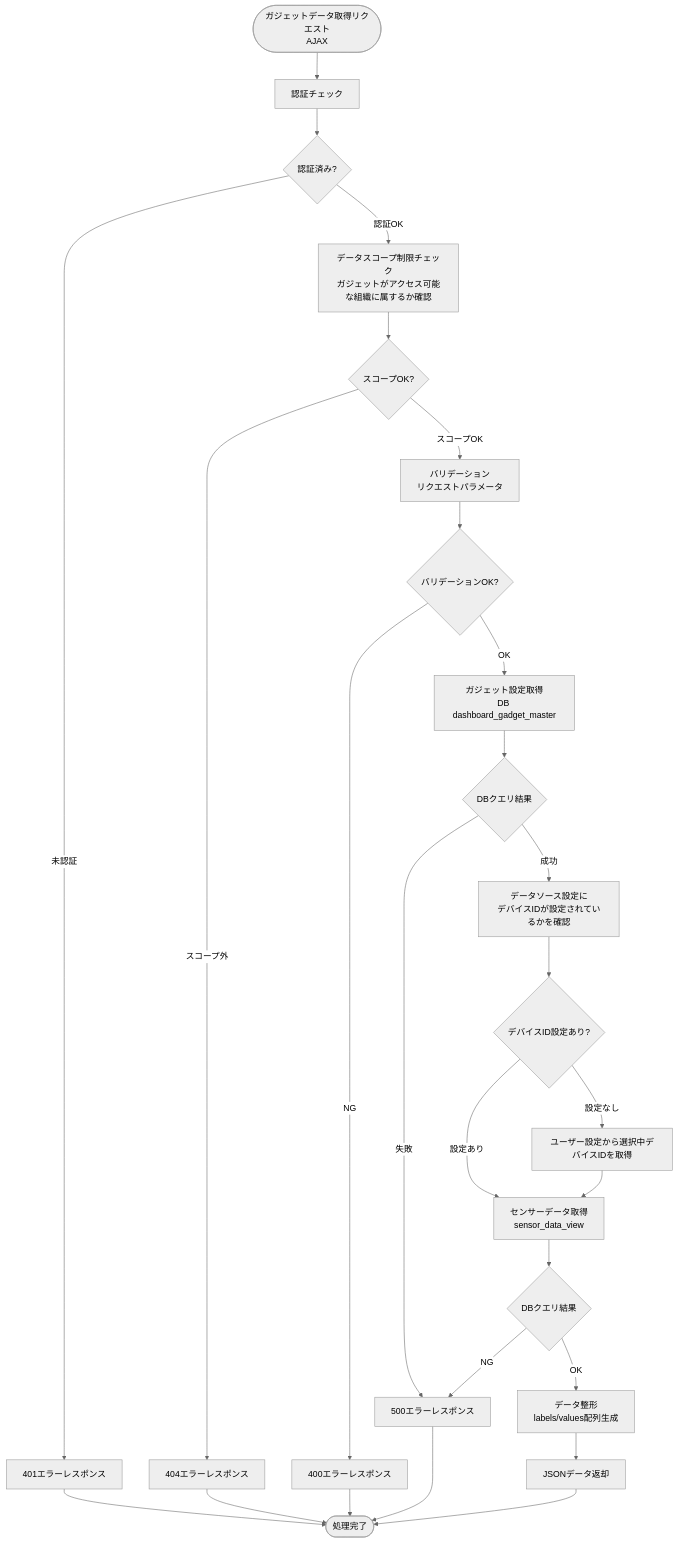
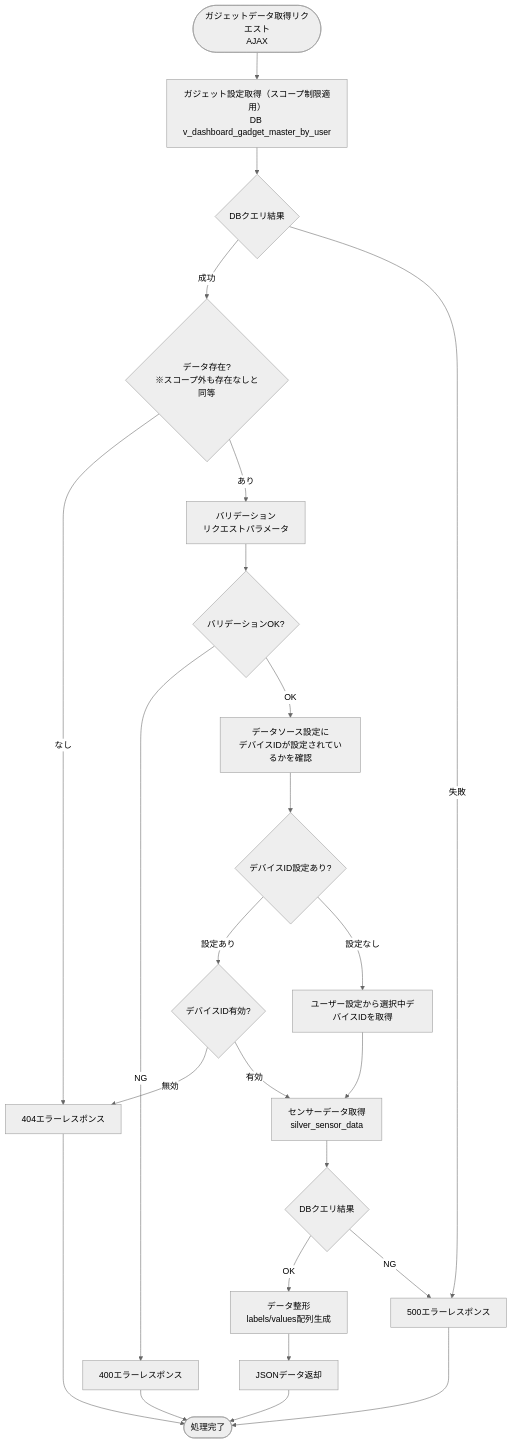
One commit to NSW-SVCP-AIWG002/Databricks-IoT changed the first of 4 diagrams in docs/03-features/flask-app/customer-dashboard/timeline/workflow-specification.md. Above: the diagram before and after it, drawn with Mermaid (neutral theme). The commit also changed other lines of this file and 5 other files, not shown here.

````diff
--- a/docs/03-features/flask-app/customer-dashboard/timeline/workflow-specification.md
+++ b/docs/03-features/flask-app/customer-dashboard/timeline/workflow-specification.md
@@ -165,37 +163,35 @@
 ```mermaid
 flowchart TD
-    Start([ガジェットデータ取得リクエスト<br>AJAX]) --> Auth[認証チェック]
-    Auth --> CheckAuth{認証済み?}
-    CheckAuth -->|未認証| Error401[401エラーレスポンス]
-    CheckAuth -->|認証OK| Scope[データスコープ制限チェック<br>ガジェットがアクセス可能な組織に属するか確認]
+    Start([ガジェットデータ取得リクエスト<br>AJAX]) --> GetConfig[ガジェット設定取得（スコープ制限適用）<br>DB v_dashboard_gadget_master_by_user]
 
-    Scope --> CheckScope{スコープOK?}
-    CheckScope -->|スコープ外| Error404[404エラーレスポンス]
-    CheckScope -->|スコープOK| Validate[バリデーション<br>リクエストパラメータ]
+    GetConfig --> CheckGetConfig{DBクエリ結果}
+    CheckGetConfig -->|成功| CheckConfig{データ存在?<br>※スコープ外も存在なしと同等}
+    CheckGetConfig -->|失敗| Error500[500エラーレスポンス]
+
+    CheckConfig -->|なし| Error404[404エラーレスポンス]
+    CheckConfig -->|あり| Validate[バリデーション<br>リクエストパラメータ]
 
     Validate --> CheckValidate{バリデーションOK?}
     CheckValidate -->|NG| Error400[400エラーレスポンス]
-    CheckValidate -->|OK| GetConfig[ガジェット設定取得<br>DB dashboard_gadget_master]
-
-    GetConfig --> CheckGetConfig{DBクエリ結果}
-    CheckGetConfig -->|失敗| Error500[500エラーレスポンス]
-    CheckGetConfig -->|成功| CheckDeviceId[データソース設定に<br>デバイスIDが設定されているかを確認]
+    CheckValidate -->|OK| CheckDeviceId[データソース設定に<br>デバイスIDが設定されているかを確認]
 
     CheckDeviceId --> ExistDeviceId{デバイスID設定あり?}
+    ExistDeviceId -->|設定あり| ValidDeviceId{デバイスID有効?}
     ExistDeviceId -->|設定なし| GetUserSetting[ユーザー設定から選択中デバイスIDを取得]
-    ExistDeviceId -->|設定あり| QuerySilver[センサーデータ取得<br>sensor_data_view]
+
+    ValidDeviceId -->|無効| Error404
+    ValidDeviceId -->|有効| QuerySilver[センサーデータ取得<br>silver_sensor_data]
 
     GetUserSetting --> QuerySilver
 
     QuerySilver --> CheckQuerySilver{DBクエリ結果}
+    CheckQuerySilver -->|OK| Format[データ整形<br>labels/values配列生成]
     CheckQuerySilver -->|NG| Error500
-    CheckQuerySilver -->|OK| Format[データ整形<br>labels/values配列生成]
 
     Format --> ReturnData[JSONデータ返却]
 
-    Error401 --> End([処理完了])
+    ReturnData --> End([処理完了])
+    Error400 --> End
     Error404 --> End
-    Error400 --> End
     Error500 --> End
-    ReturnData --> End
 ```
````
